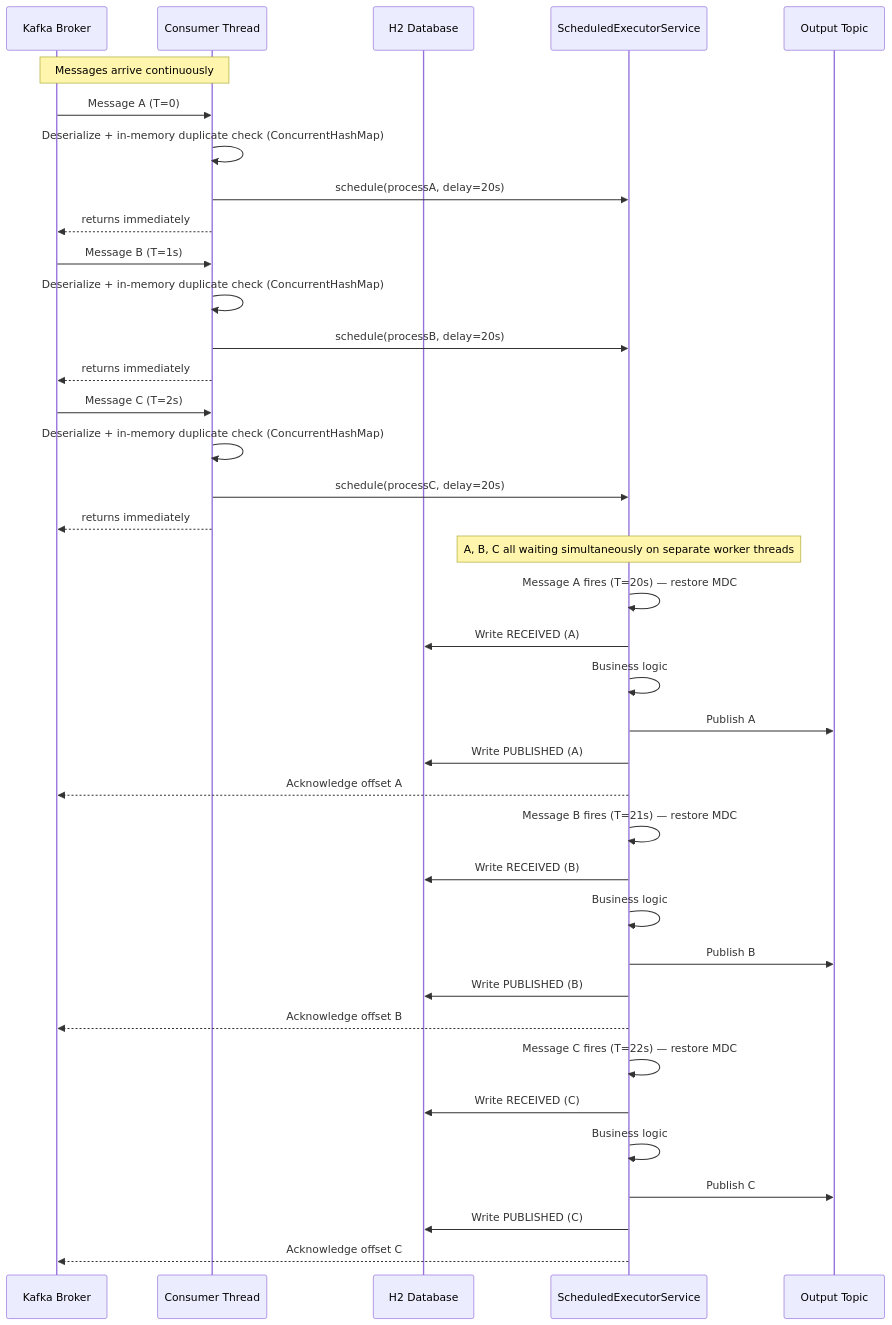
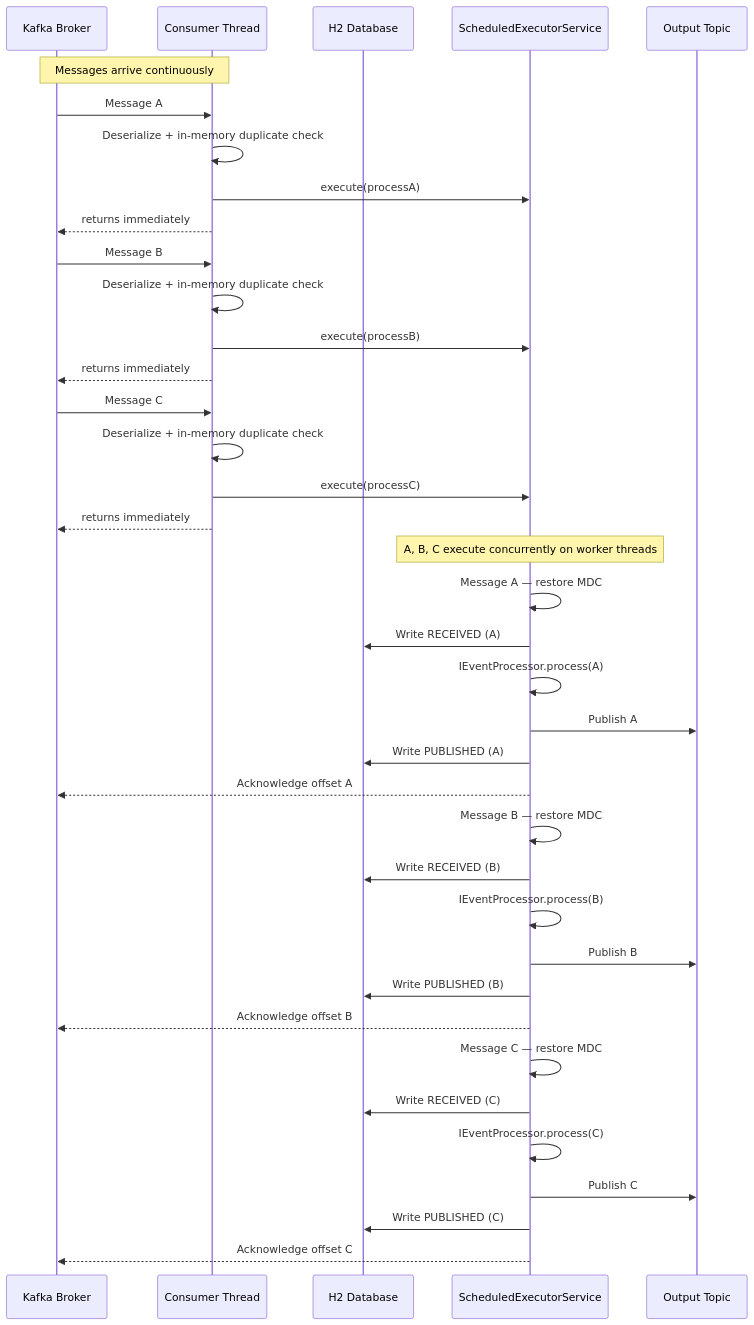
The second of 2 diagrams in README.md (thzero/kafka-metrics), drawn with Mermaid before and after one commit. The commit also changed other lines of this file, not shown here.

````diff
--- a/README.md
+++ b/README.md
@@ -82,48 +99,48 @@
 ```mermaid
 sequenceDiagram
     participant K as Kafka Broker
     participant CT as Consumer Thread
     participant DB as H2 Database
     participant SE as ScheduledExecutorService
     participant OP as Output Topic
 
     Note over K,CT: Messages arrive continuously
 
-    K->>CT: Message A (T=0)
-    CT->>CT: Deserialize + in-memory duplicate check (ConcurrentHashMap)
-    CT->>SE: schedule(processA, delay=20s)
+    K->>CT: Message A
+    CT->>CT: Deserialize + in-memory duplicate check
+    CT->>SE: execute(processA)
     CT-->>K: returns immediately
 
-    K->>CT: Message B (T=1s)
-    CT->>CT: Deserialize + in-memory duplicate check (ConcurrentHashMap)
-    CT->>SE: schedule(processB, delay=20s)
+    K->>CT: Message B
+    CT->>CT: Deserialize + in-memory duplicate check
+    CT->>SE: execute(processB)
     CT-->>K: returns immediately
 
-    K->>CT: Message C (T=2s)
-    CT->>CT: Deserialize + in-memory duplicate check (ConcurrentHashMap)
-    CT->>SE: schedule(processC, delay=20s)
+    K->>CT: Message C
+    CT->>CT: Deserialize + in-memory duplicate check
+    CT->>SE: execute(processC)
     CT-->>K: returns immediately
 
-    Note over SE: A, B, C all waiting simultaneously on separate worker threads
+    Note over SE: A, B, C execute concurrently on worker threads
 
-    SE->>SE: Message A fires (T=20s) — restore MDC
+    SE->>SE: Message A — restore MDC
     SE->>DB: Write RECEIVED (A)
-    SE->>SE: Business logic
+    SE->>SE: IEventProcessor.process(A)
     SE->>OP: Publish A
     SE->>DB: Write PUBLISHED (A)
     SE-->>K: Acknowledge offset A
 
-    SE->>SE: Message B fires (T=21s) — restore MDC
+    SE->>SE: Message B — restore MDC
     SE->>DB: Write RECEIVED (B)
-    SE->>SE: Business logic
+    SE->>SE: IEventProcessor.process(B)
     SE->>OP: Publish B
     SE->>DB: Write PUBLISHED (B)
     SE-->>K: Acknowledge offset B
 
-    SE->>SE: Message C fires (T=22s) — restore MDC
+    SE->>SE: Message C — restore MDC
     SE->>DB: Write RECEIVED (C)
-    SE->>SE: Business logic
+    SE->>SE: IEventProcessor.process(C)
     SE->>OP: Publish C
     SE->>DB: Write PUBLISHED (C)
     SE-->>K: Acknowledge offset C
 ```
````
